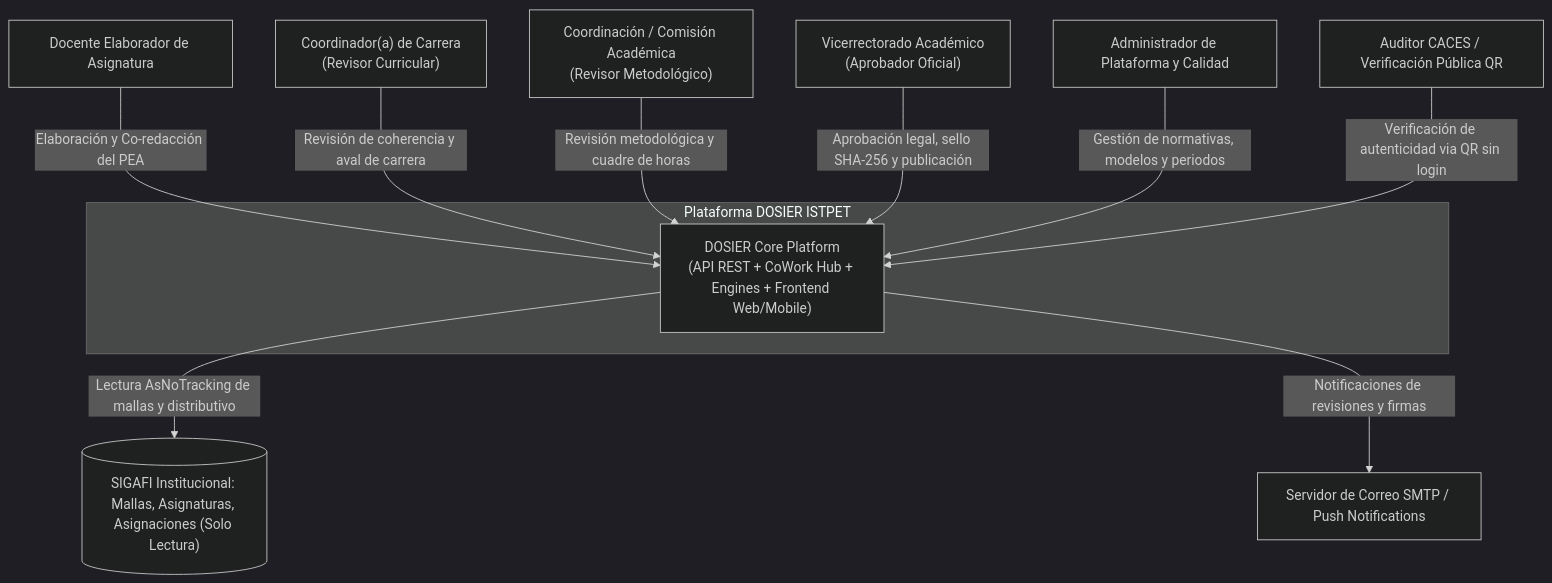
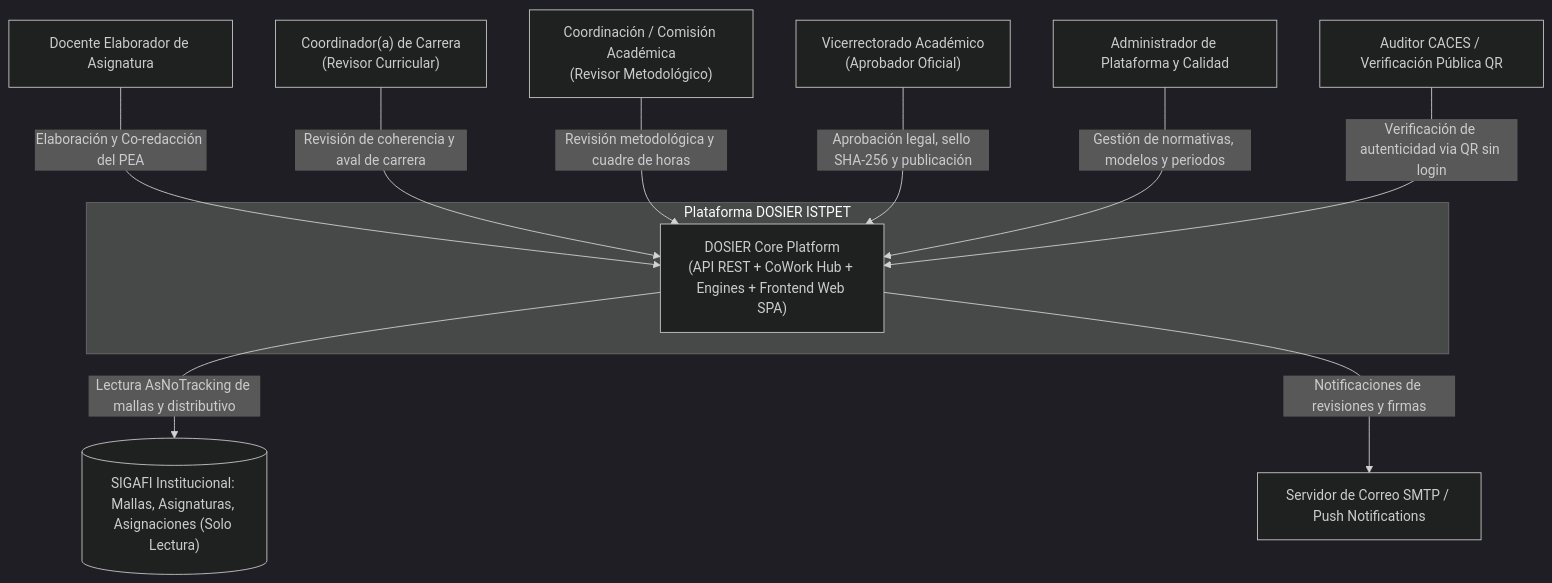
The second of 3 diagrams in docs/documentacion/01-arquitectura/01-macro-arquitectura-clean-arch.md (JorgeDoicela/dosier), drawn with Mermaid (dark theme) before and after one commit. The commit also changed other lines of this file and 23 other files, not shown here.

````diff
--- a/docs/documentacion/01-arquitectura/01-macro-arquitectura-clean-arch.md
+++ b/docs/documentacion/01-arquitectura/01-macro-arquitectura-clean-arch.md
@@ -61,26 +60,26 @@
 ```mermaid
 graph TD
     Docente["Docente Elaborador de Asignatura"]
     CoordCarrera["Coordinador(a) de Carrera\n(Revisor Curricular)"]
     CoordAcad["Coordinación / Comisión Académica\n(Revisor Metodológico)"]
     Vicerrector["Vicerrectorado Académico\n(Aprobador Oficial)"]
     Admin["Administrador de Plataforma y Calidad"]
     Publico["Auditor CACES / Verificación Pública QR"]
 
     subgraph DOSIERSystem ["Plataforma DOSIER ISTPET"]
-        CoreSystem["DOSIER Core Platform\n(API REST + CoWork Hub + Engines + Frontend Web/Mobile)"]
+        CoreSystem["DOSIER Core Platform\n(API REST + CoWork Hub + Engines + Frontend Web SPA)"]
     end
 
     SIGAFI[("SIGAFI Institucional: Mallas, Asignaturas, Asignaciones (Solo Lectura)")]
     SMTPService["Servidor de Correo SMTP / Push Notifications"]
 
     Docente -->|Elaboración y Co-redacción del PEA| CoreSystem
     CoordCarrera -->|Revisión de coherencia y aval de carrera| CoreSystem
     CoordAcad -->|Revisión metodológica y cuadre de horas| CoreSystem
     Vicerrector -->|Aprobación legal, sello SHA-256 y publicación| CoreSystem
     Admin -->|Gestión de normativas, modelos y periodos| CoreSystem
     Publico -->|Verificación de autenticidad via QR sin login| CoreSystem
 
     CoreSystem -->|Lectura AsNoTracking de mallas y distributivo| SIGAFI
     CoreSystem -->|Notificaciones de revisiones y firmas| SMTPService
 ```
````
